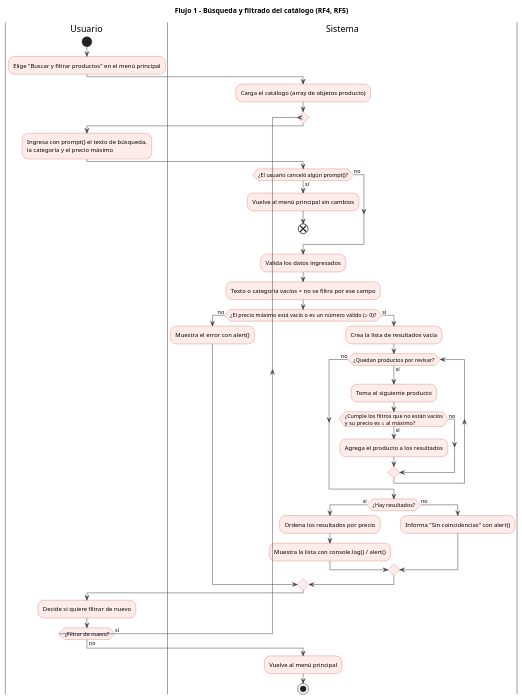
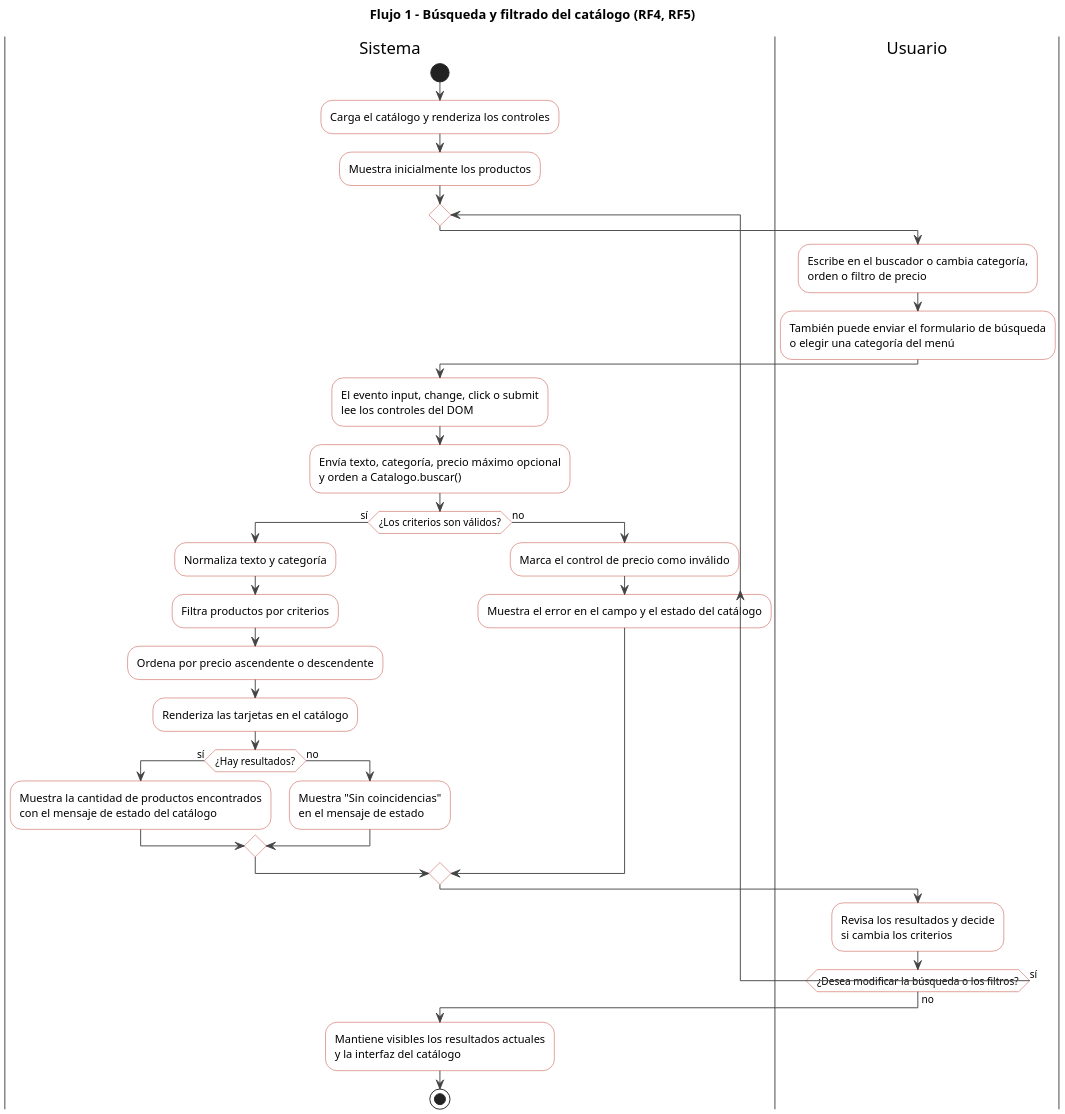
Before and after one commit to angelgc9107-lgtm/ProyectoFerreteria_GRP05: the diagram in docs/05-diagramas/01-diagrama-de-actividades/actividad-flujo-1-busqueda-filtrado.puml, drawn with PlantUML. The commit also changed 8 other files, not shown here.

Commit message:
Fix - Eliminar prompt - alert de los diagramas

```diff
--- a/docs/05-diagramas/01-diagrama-de-actividades/actividad-flujo-1-busqueda-filtrado.puml
+++ b/docs/05-diagramas/01-diagrama-de-actividades/actividad-flujo-1-busqueda-filtrado.puml
@@ -1,56 +1,46 @@
 @startuml actividad-flujo-1-busqueda-filtrado
 title Flujo 1 - Búsqueda y filtrado del catálogo (RF4, RF5)
+skinparam backgroundColor #FFFFFF
 skinparam defaultFontName Arial
+skinparam dpi 180
 skinparam ArrowColor #444444
-skinparam ActivityBackgroundColor #FDECEA
+skinparam ActivityBackgroundColor #FFFFFF
 skinparam ActivityBorderColor #C0392B
 skinparam SwimlaneBorderColor #7D7D7D
 
-|Usuario|
+|Sistema|
 start
-:Elige "Buscar y filtrar productos" en el menú principal;
-
-|Sistema|
-:Carga el catálogo (array de objetos producto);
+:Carga el catálogo y renderiza los controles;
+:Muestra inicialmente los productos;
 
 repeat
   |Usuario|
-  :Ingresa con prompt() el texto de búsqueda,
-  la categoría y el precio máximo;
+  :Escribe en el buscador o cambia categoría,\norden o filtro de precio;
+  :También puede enviar el formulario de búsqueda\no elegir una categoría del menú;
 
   |Sistema|
-  if (¿El usuario canceló algún prompt()?) then (sí)
-    :Vuelve al menú principal sin cambios;
-    end
+  :El evento input, change, click o submit\nlee los controles del DOM;
+  :Envía texto, categoría, precio máximo opcional\ny orden a Catalogo.buscar();
+  if (¿Los criterios son válidos?) then (sí)
+    :Normaliza texto y categoría;
+    :Filtra productos por criterios;
+    :Ordena por precio ascendente o descendente;
+    :Renderiza las tarjetas en el catálogo;
+    if (¿Hay resultados?) then (sí)
+      :Muestra la cantidad de productos encontrados\ncon el mensaje de estado del catálogo;
+    else (no)
+      :Muestra "Sin coincidencias"\nen el mensaje de estado;
+    endif
   else (no)
-  endif
-
-  :Valida los datos ingresados;
-  :Texto o categoría vacíos = no se filtra por ese campo;
-  if (¿El precio máximo está vacío o es un número válido (≥ 0)?) then (no)
-    :Muestra el error con alert();
-  else (sí)
-    :Crea la lista de resultados vacía;
-    while (¿Quedan productos por revisar?) is (sí)
-      :Toma el siguiente producto;
-      if (¿Cumple los filtros que no están vacíos\ny su precio es ≤ al máximo?) then (sí)
-        :Agrega el producto a los resultados;
-      else (no)
-      endif
-    endwhile (no)
-    if (¿Hay resultados?) then (sí)
-      :Ordena los resultados por precio;
-      :Muestra la lista con console.log() / alert();
-    else (no)
-      :Informa "Sin coincidencias" con alert();
-    endif
+    :Marca el control de precio como inválido;
+    :Muestra el error en el campo y el estado del catálogo;
   endif
 
   |Usuario|
-  :Decide si quiere filtrar de nuevo;
-repeat while (¿Filtrar de nuevo?) is (sí) not (no)
+  :Revisa los resultados y decide\nsi cambia los criterios;
+repeat while (¿Desea modificar la búsqueda o los filtros?) is (sí) not (no)
 
 |Sistema|
-:Vuelve al menú principal;
+:Mantiene visibles los resultados actuales\ny la interfaz del catálogo;
 stop
 @enduml
```
